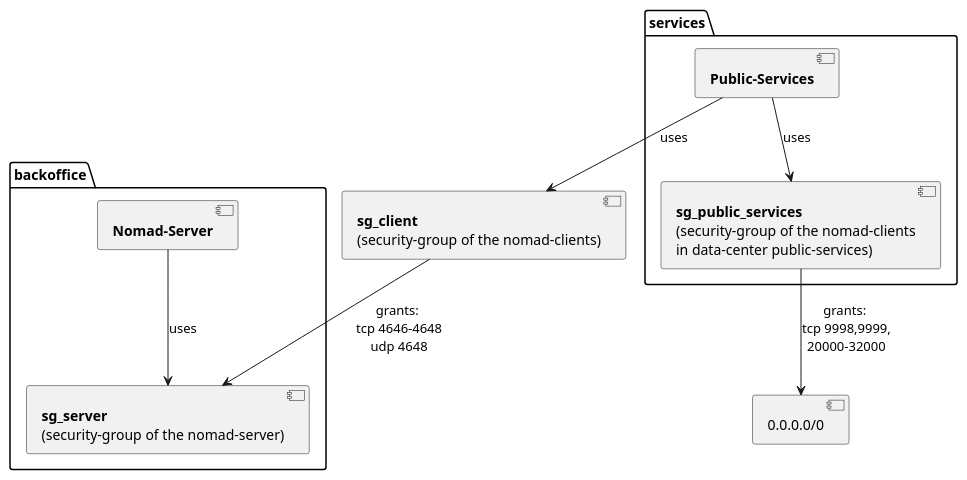
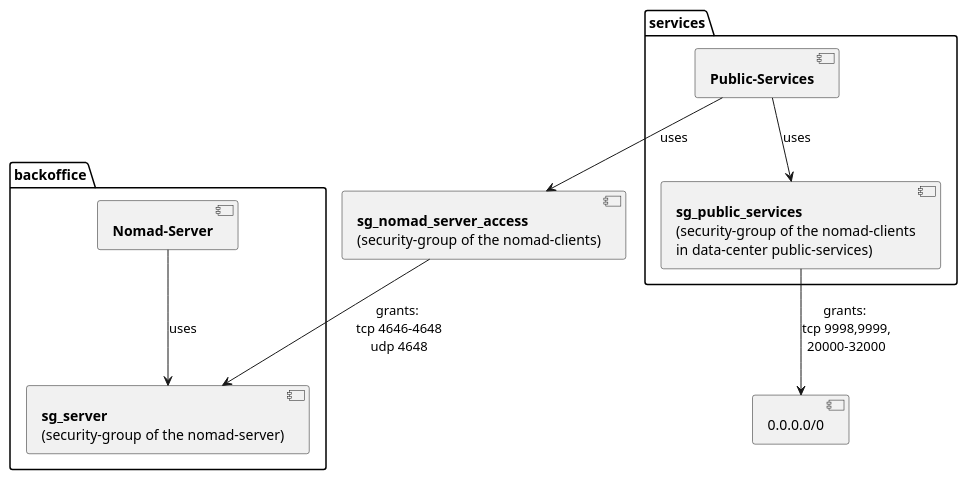
Before and after one commit to MatthiasScholz/cos: the diagram in modules/nomad/access.plantuml, drawn with PlantUML. The commit also changed 7 other files, not shown here.

```diff
--- a/modules/nomad/access.plantuml
+++ b/modules/nomad/access.plantuml
@@ -1,24 +1,24 @@
 @startuml
 
 package "backoffice"{
   [**Nomad-Server**] as SERVER
   [**sg_server**\n(security-group of the nomad-server)] as SG_SERVER
 }
 
 package "services"{
   [**Public-Services**] as PULBIC
   [**sg_public_services**\n(security-group of the nomad-clients\nin data-center public-services)] as SG_PULBIC
 }
 
-[**sg_client**\n(security-group of the nomad-clients)] as SG_CLIENT
+[**sg_nomad_server_access**\n(security-group of the nomad-clients)] as SG_NOMAD_SERVER_ACCESS
 
 [0.0.0.0/0] as ALL
 
-PULBIC --> SG_CLIENT: uses
+PULBIC --> SG_NOMAD_SERVER_ACCESS: uses
 PULBIC --> SG_PULBIC: uses
 SG_PULBIC --> ALL: grants: \ntcp 9998,9999,\n20000-32000
-SG_CLIENT --> SG_SERVER: grants: \ntcp 4646-4648\nudp 4648
+SG_NOMAD_SERVER_ACCESS --> SG_SERVER: grants: \ntcp 4646-4648\nudp 4648
 SERVER --> SG_SERVER: uses
 
 
 @enduml
```
